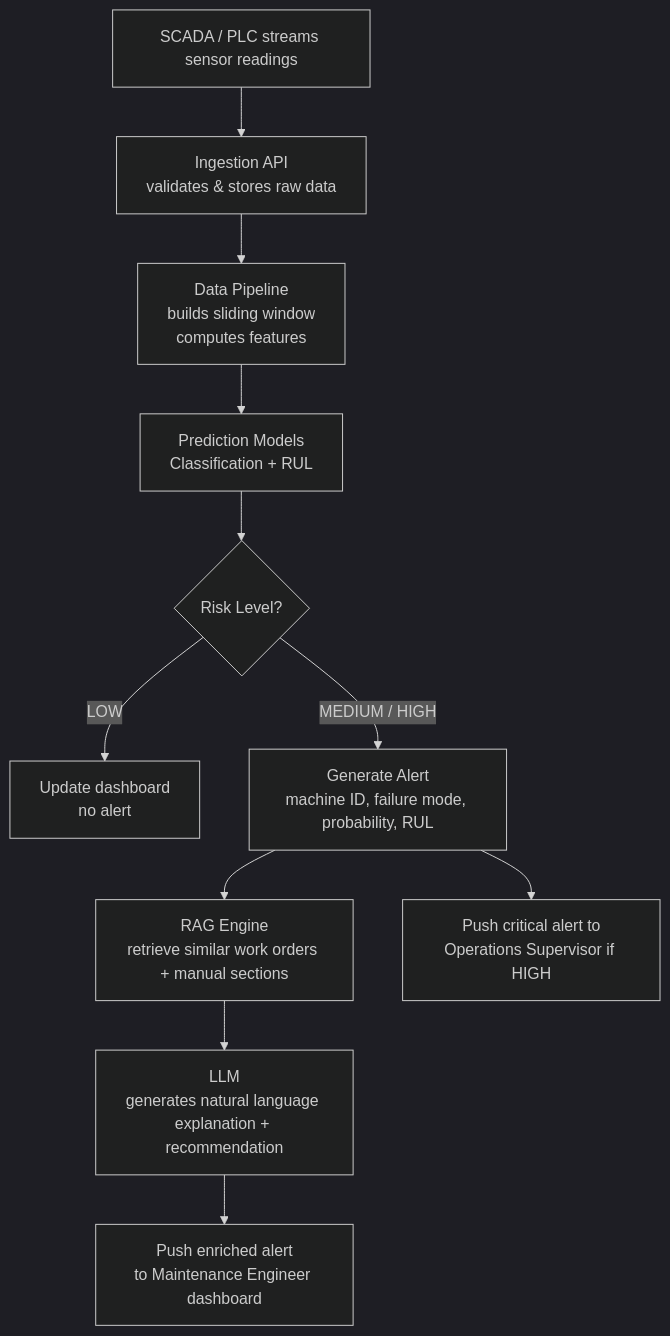
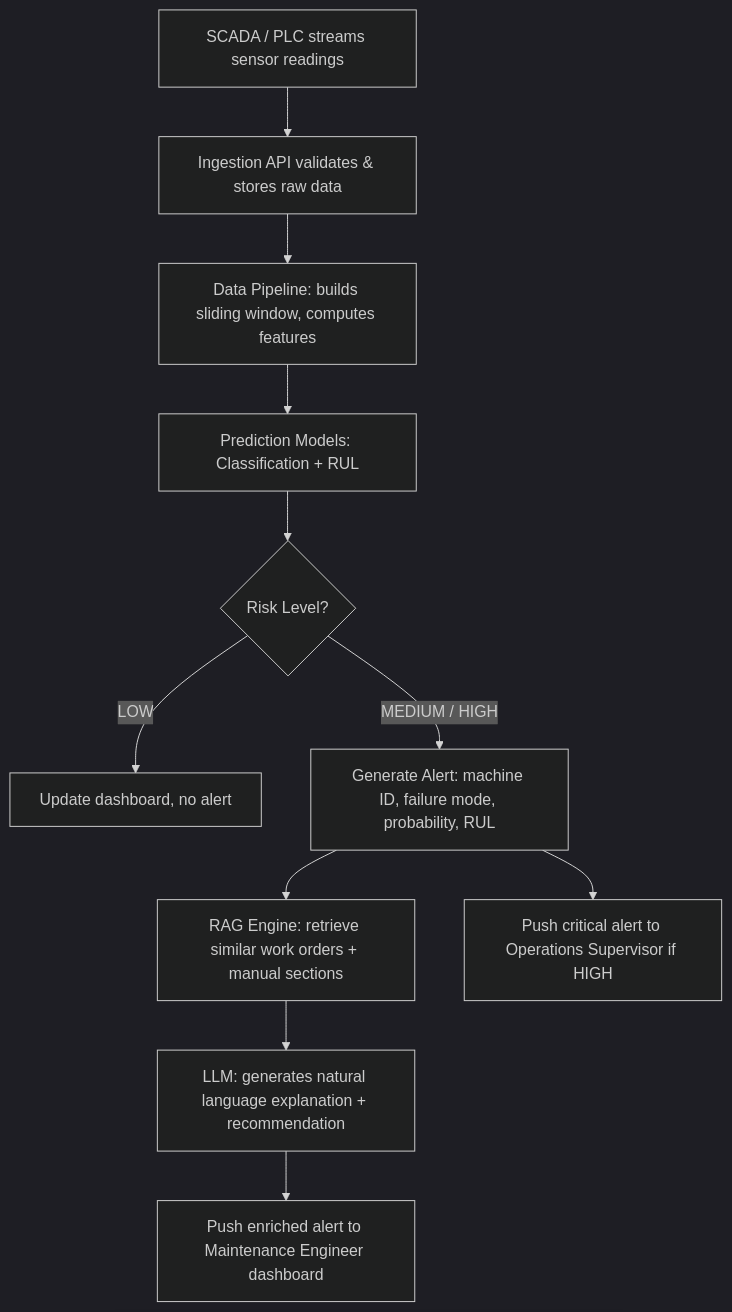
Before and after one commit to Petro-mind/main: the third of 6 diagrams in PetroMind_System_Analysis.md, drawn with Mermaid (dark theme). The commit also changed other lines of this file, not shown here.

````diff
--- a/PetroMind_System_Analysis.md
+++ b/PetroMind_System_Analysis.md
@@ -762,13 +696,13 @@
 ```mermaid
 flowchart TD
-    A["SCADA / PLC streams sensor readings"] --> B["Ingestion API<br/>validates & stores raw data"]
-    B --> C["Data Pipeline<br/>builds sliding window<br/>computes features"]
-    C --> D["Prediction Models<br/>Classification + RUL"]
+    A["SCADA / PLC streams sensor readings"] --> B["Ingestion API validates & stores raw data"]
+    B --> C["Data Pipeline: builds sliding window, computes features"]
+    C --> D["Prediction Models: Classification + RUL"]
     D --> E{Risk Level?}
-    E -->|"LOW"| F["Update dashboard<br/>no alert"]
-    E -->|"MEDIUM / HIGH"| G["Generate Alert<br/>machine ID, failure mode, probability, RUL"]
-    G --> H["RAG Engine<br/>retrieve similar work orders + manual sections"]
-    H --> I["LLM<br/>generates natural language explanation + recommendation"]
-    I --> J["Push enriched alert<br/>to Maintenance Engineer dashboard"]
-    G --> K["Push critical alert to<br/>Operations Supervisor if HIGH"]
+    E -->|"LOW"| F["Update dashboard, no alert"]
+    E -->|"MEDIUM / HIGH"| G["Generate Alert: machine ID, failure mode, probability, RUL"]
+    G --> H["RAG Engine: retrieve similar work orders + manual sections"]
+    H --> I["LLM: generates natural language explanation + recommendation"]
+    I --> J["Push enriched alert to Maintenance Engineer dashboard"]
+    G --> K["Push critical alert to Operations Supervisor if HIGH"]
 ```
````
